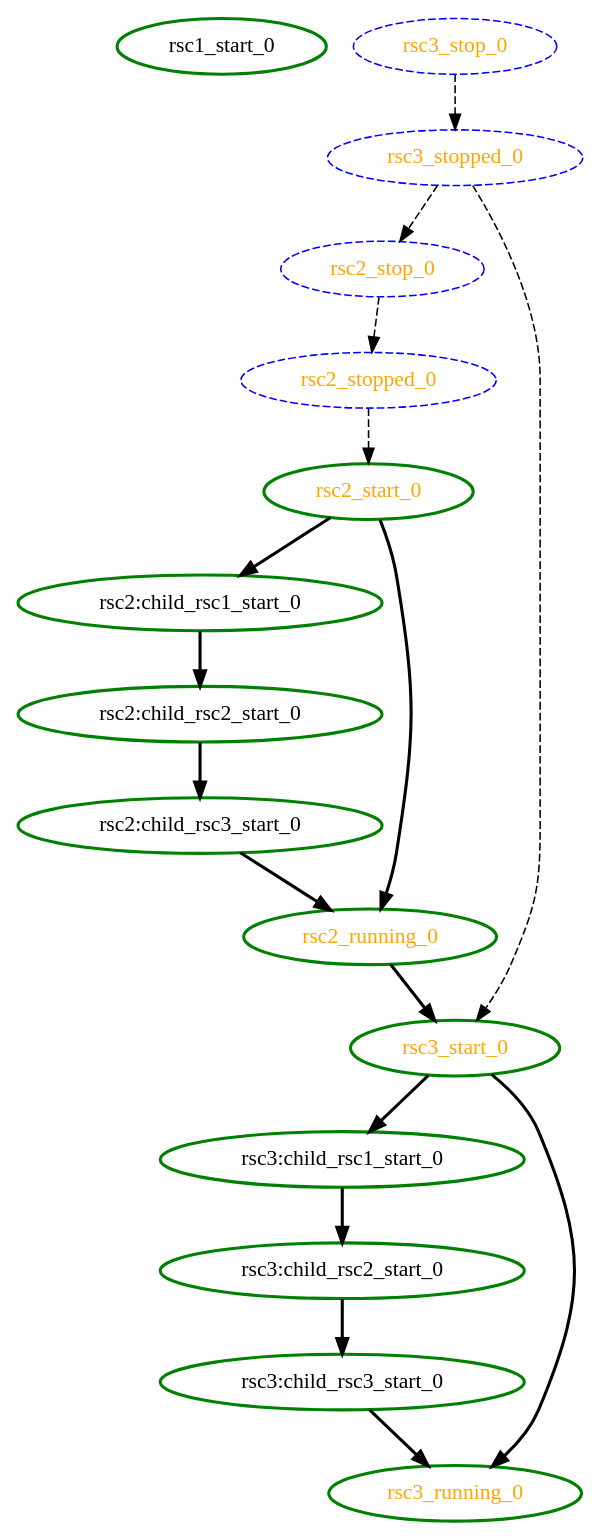
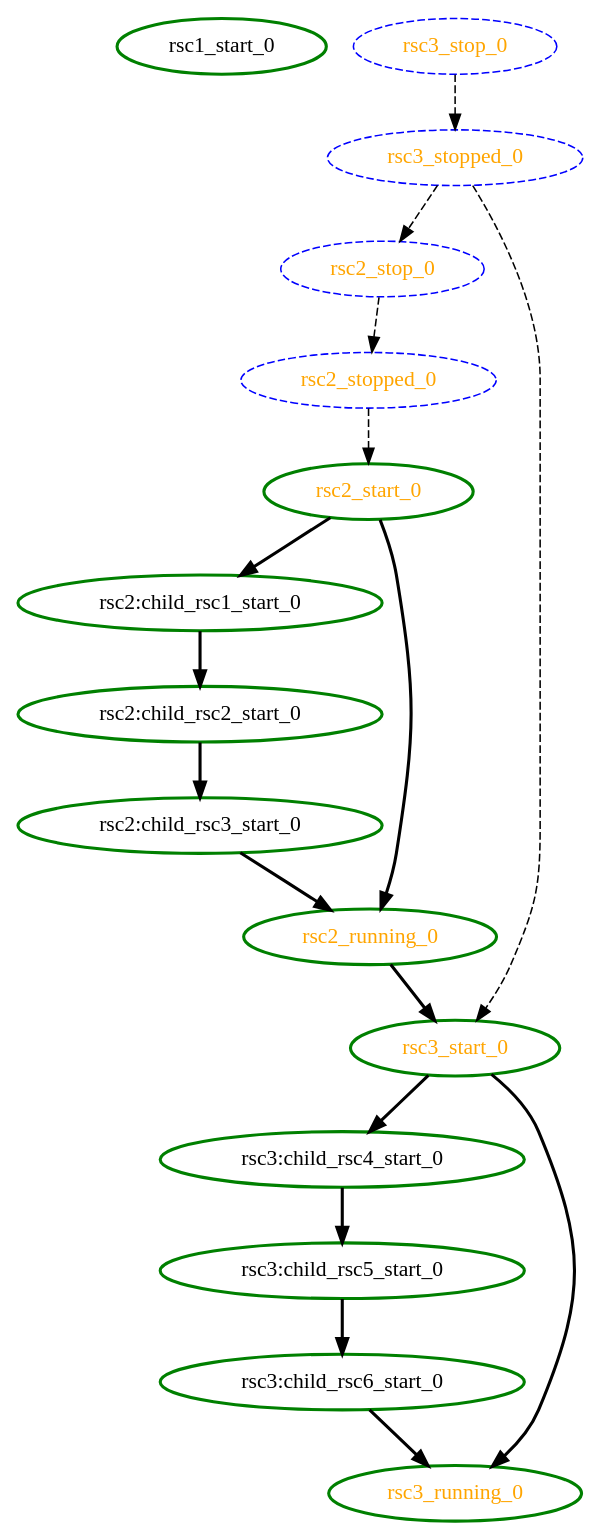
The diagram in crm/pengine/testcases/group7.dot (richiewen8/heartbeat), drawn with Graphviz before and after one commit. The commit also changed 13 other files, not shown here.

```diff
--- a/crm/pengine/testcases/group7.dot
+++ b/crm/pengine/testcases/group7.dot
@@ -1,34 +1,34 @@
 digraph "g" {
 	size = "30,30"
 "rsc1_start_0" [ tooltip="node1" style=bold color="green" fontcolor="black" ]
 "rsc2:child_rsc1_start_0" [ tooltip="node2" style=bold color="green" fontcolor="black" ]
 "rsc2:child_rsc2_start_0" [ tooltip="node2" style=bold color="green" fontcolor="black" ]
 "rsc2:child_rsc3_start_0" [ tooltip="node2" style=bold color="green" fontcolor="black" ]
 "rsc2_start_0" [ tooltip="" style=bold color="green" fontcolor="orange" ]
 "rsc2_running_0" [ tooltip="" style=bold color="green" fontcolor="orange" ]
 "rsc2_stop_0" [ style="dashed" color="blue" fontcolor="orange" ]
 "rsc2_stopped_0" [ style="dashed" color="blue" fontcolor="orange" ]
-"rsc3:child_rsc1_start_0" [ tooltip="node2" style=bold color="green" fontcolor="black" ]
-"rsc3:child_rsc2_start_0" [ tooltip="node2" style=bold color="green" fontcolor="black" ]
-"rsc3:child_rsc3_start_0" [ tooltip="node2" style=bold color="green" fontcolor="black" ]
+"rsc3:child_rsc4_start_0" [ tooltip="node2" style=bold color="green" fontcolor="black" ]
+"rsc3:child_rsc5_start_0" [ tooltip="node2" style=bold color="green" fontcolor="black" ]
+"rsc3:child_rsc6_start_0" [ tooltip="node2" style=bold color="green" fontcolor="black" ]
 "rsc3_start_0" [ tooltip="" style=bold color="green" fontcolor="orange" ]
 "rsc3_running_0" [ tooltip="" style=bold color="green" fontcolor="orange" ]
 "rsc3_stop_0" [ style="dashed" color="blue" fontcolor="orange" ]
 "rsc3_stopped_0" [ style="dashed" color="blue" fontcolor="orange" ]
 "rsc2_start_0" -> "rsc2:child_rsc1_start_0" [ style = bold]
 "rsc2:child_rsc1_start_0" -> "rsc2:child_rsc2_start_0" [ style = bold]
 "rsc2:child_rsc2_start_0" -> "rsc2:child_rsc3_start_0" [ style = bold]
 "rsc2_stopped_0" -> "rsc2_start_0" [ style = dashed]
 "rsc2:child_rsc3_start_0" -> "rsc2_running_0" [ style = bold]
 "rsc2_start_0" -> "rsc2_running_0" [ style = bold]
 "rsc3_stopped_0" -> "rsc2_stop_0" [ style = dashed]
 "rsc2_stop_0" -> "rsc2_stopped_0" [ style = dashed]
-"rsc3_start_0" -> "rsc3:child_rsc1_start_0" [ style = bold]
-"rsc3:child_rsc1_start_0" -> "rsc3:child_rsc2_start_0" [ style = bold]
-"rsc3:child_rsc2_start_0" -> "rsc3:child_rsc3_start_0" [ style = bold]
+"rsc3_start_0" -> "rsc3:child_rsc4_start_0" [ style = bold]
+"rsc3:child_rsc4_start_0" -> "rsc3:child_rsc5_start_0" [ style = bold]
+"rsc3:child_rsc5_start_0" -> "rsc3:child_rsc6_start_0" [ style = bold]
 "rsc2_running_0" -> "rsc3_start_0" [ style = bold]
 "rsc3_stopped_0" -> "rsc3_start_0" [ style = dashed]
-"rsc3:child_rsc3_start_0" -> "rsc3_running_0" [ style = bold]
+"rsc3:child_rsc6_start_0" -> "rsc3_running_0" [ style = bold]
 "rsc3_start_0" -> "rsc3_running_0" [ style = bold]
 "rsc3_stop_0" -> "rsc3_stopped_0" [ style = dashed]
 }
```
